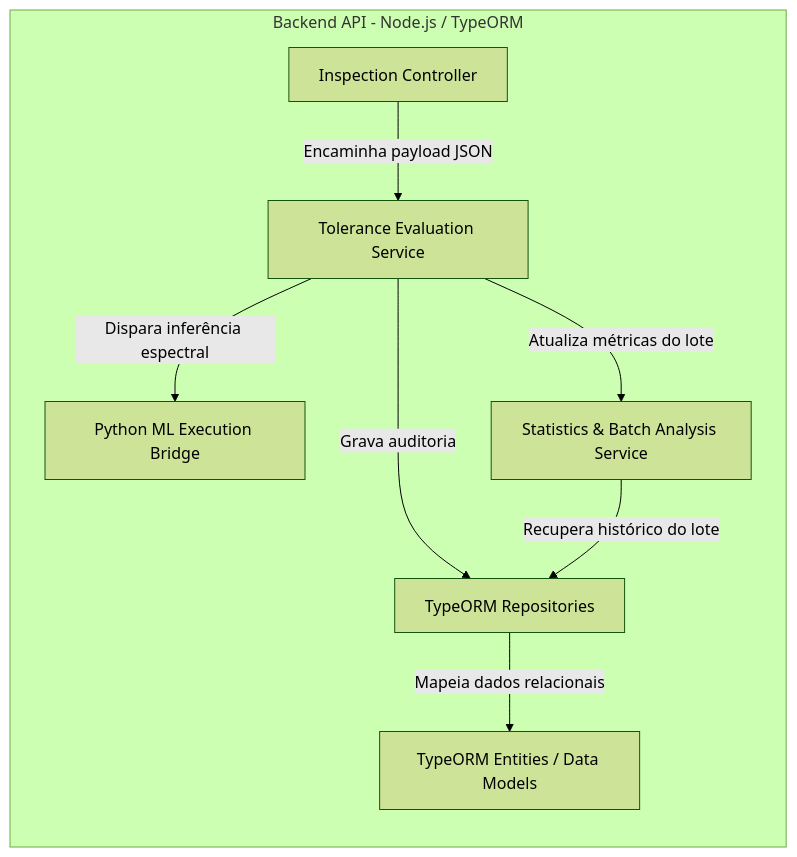
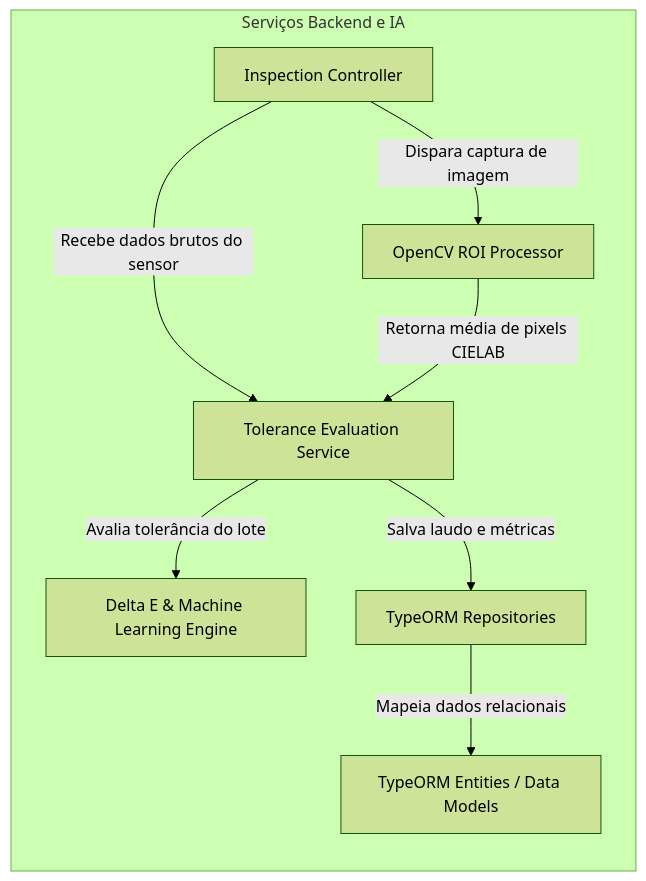
The fourth of 4 diagrams in README.md (hellennverenaa/assinatura-cor-ia), drawn with Mermaid (forest theme) before and after one commit. The commit also changed other lines of this file, not shown here.

Commit message:
docs: atualiza arquitetura

````diff
--- a/README.md
+++ b/README.md
@@ -83,19 +94,19 @@
 ```mermaid
 graph TD
-    subgraph BackendContainer [Backend API - Node.js / TypeORM]
+    subgraph BackendContainer ["Serviços Backend e IA"]
         direction TB
-        Controller[Inspection Controller]
-        Service[Tolerance Evaluation Service]
-        StatsService[Statistics & Batch Analysis Service]
-        MLBridge[Python ML Execution Bridge]
-        Repository[TypeORM Repositories]
-        Entities[TypeORM Entities / Data Models]
+        Controller["Inspection Controller"]
+        Service["Tolerance Evaluation Service"]
+        VisionModule["OpenCV ROI Processor"]
+        MLBridge["Delta E & Machine Learning Engine"]
+        Repository["TypeORM Repositories"]
+        Entities["TypeORM Entities / Data Models"]
     end
 
-    Controller -->|Encaminha payload JSON| Service
-    Service -->|Dispara inferência espectral| MLBridge
-    Service -->|Atualiza métricas do lote| StatsService
-    Service -->|Grava auditoria| Repository
-    StatsService -->|Recupera histórico do lote| Repository
-    Repository -->|Mapeia dados relacionais| Entities
+    Controller -->|"Recebe dados brutos do sensor"| Service
+    Controller -->|"Dispara captura de imagem"| VisionModule
+    VisionModule -->|"Retorna média de pixels CIELAB"| Service
+    Service -->|"Avalia tolerância do lote"| MLBridge
+    Service -->|"Salva laudo e métricas"| Repository
+    Repository -->|"Mapeia dados relacionais"| Entities
 ```
````
